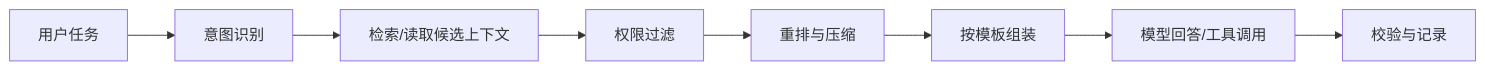
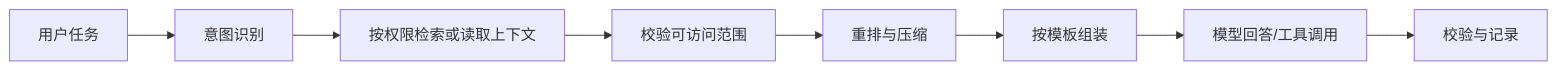
One commit to GuoWWWX/knowledge-base changed the diagram in 10-AI应用开发/01-LLM基础与Prompt/13-上下文工程概述.md. Above: the diagram before and after it, drawn with Mermaid. The commit also changed other lines of this file and 368 other files, not shown here.

````diff
--- a/10-AI应用开发/01-LLM基础与Prompt/13-上下文工程概述.md
+++ b/10-AI应用开发/01-LLM基础与Prompt/13-上下文工程概述.md
@@ -52,10 +52,10 @@
 ```mermaid
 flowchart LR
     A[用户任务] --> B[意图识别]
-    B --> C[检索/读取候选上下文]
-    C --> D[权限过滤]
+    B --> C[按权限检索或读取上下文]
+    C --> D[校验可访问范围]
     D --> E[重排与压缩]
     E --> F[按模板组装]
     F --> G[模型回答/工具调用]
     G --> H[校验与记录]
 ```
````
